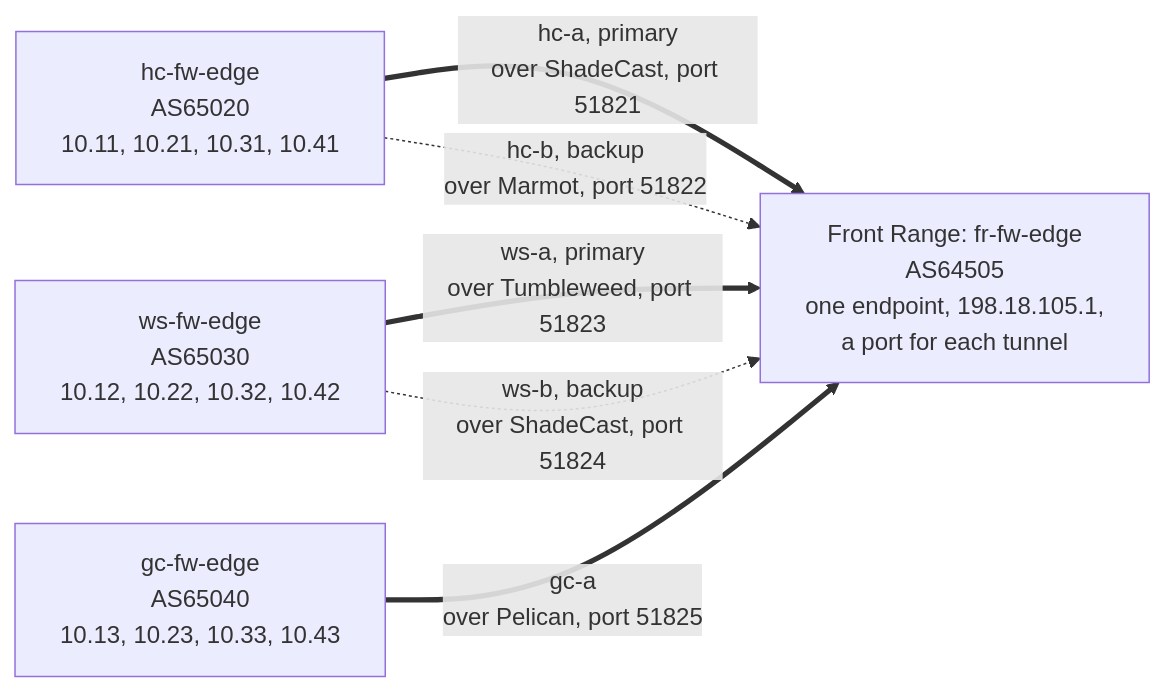
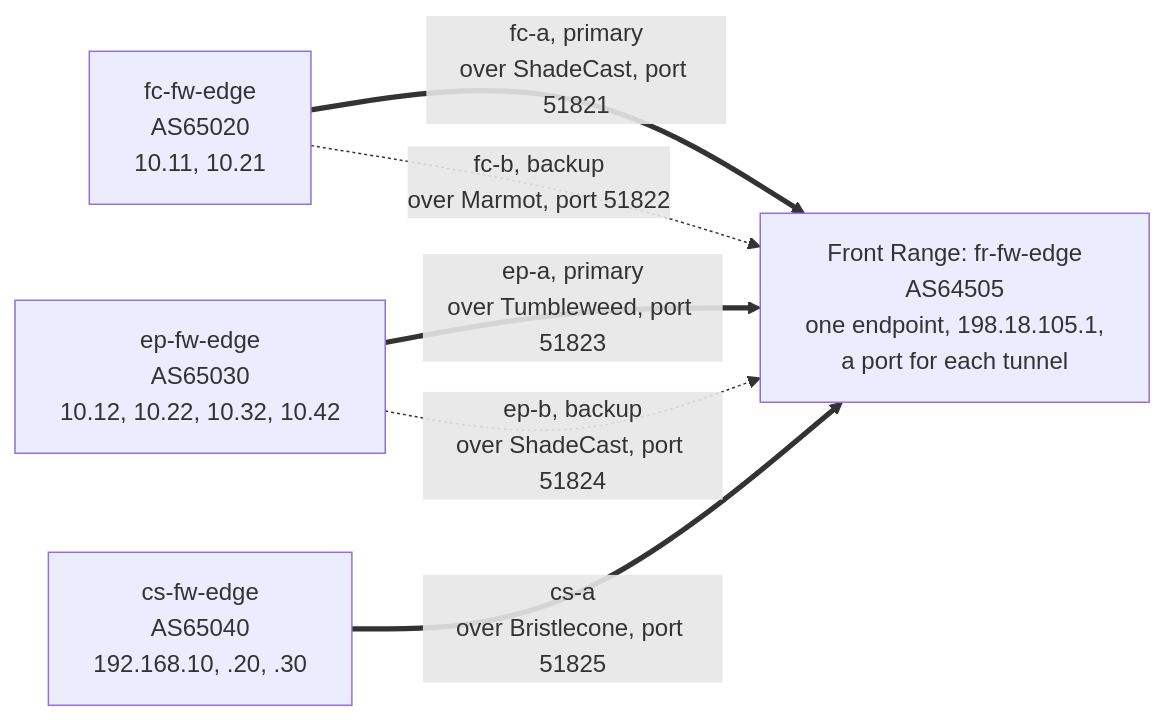
Before and after one commit to GhostofGoes/sceptre-phenix-topologies: the fifth of 10 diagrams in cherrymountain-brewery/docs/multisite/PLANS.md, drawn with Mermaid. The commit also changed other lines of this file and 50 other files, not shown here.

````diff
--- a/cherrymountain-brewery/docs/multisite/PLANS.md
+++ b/cherrymountain-brewery/docs/multisite/PLANS.md
@@ -394,12 +545,12 @@
 ```mermaid
 flowchart LR
   HUB["Front Range: fr-fw-edge<br/>AS64505<br/>one endpoint, 198.18.105.1,<br/>a port for each tunnel"]
-  HC["hc-fw-edge<br/>AS65020<br/>10.11, 10.21, 10.31, 10.41"]
-  WS["ws-fw-edge<br/>AS65030<br/>10.12, 10.22, 10.32, 10.42"]
-  GC["gc-fw-edge<br/>AS65040<br/>10.13, 10.23, 10.33, 10.43"]
-  HC ==>|"hc-a, primary<br/>over ShadeCast, port 51821"| HUB
-  HC -.->|"hc-b, backup<br/>over Marmot, port 51822"| HUB
-  WS ==>|"ws-a, primary<br/>over Tumbleweed, port 51823"| HUB
-  WS -.->|"ws-b, backup<br/>over ShadeCast, port 51824"| HUB
-  GC ==>|"gc-a<br/>over Pelican, port 51825"| HUB
+  FC["fc-fw-edge<br/>AS65020<br/>10.11, 10.21"]
+  EP["ep-fw-edge<br/>AS65030<br/>10.12, 10.22, 10.32, 10.42"]
+  CS["cs-fw-edge<br/>AS65040<br/>192.168.10, .20, .30"]
+  FC ==>|"fc-a, primary<br/>over ShadeCast, port 51821"| HUB
+  FC -.->|"fc-b, backup<br/>over Marmot, port 51822"| HUB
+  EP ==>|"ep-a, primary<br/>over Tumbleweed, port 51823"| HUB
+  EP -.->|"ep-b, backup<br/>over ShadeCast, port 51824"| HUB
+  CS ==>|"cs-a<br/>over Bristlecone, port 51825"| HUB
 ```
````
